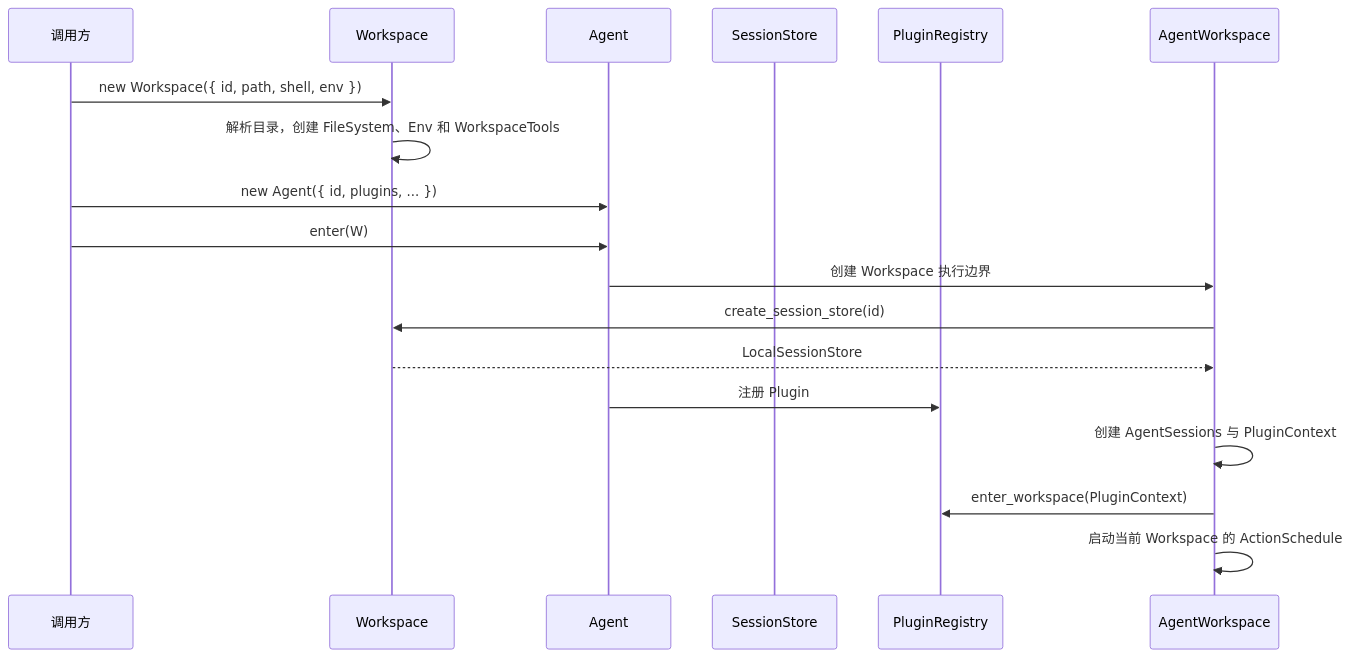
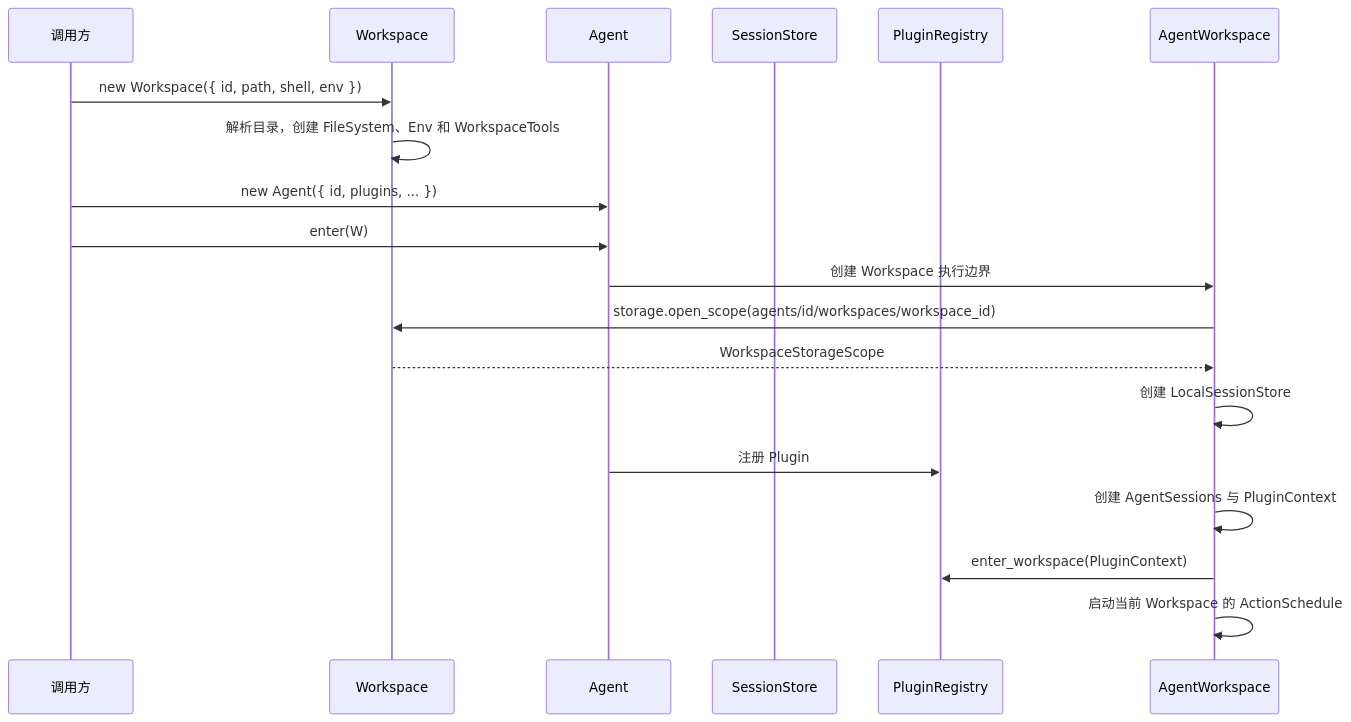
One commit to genesiscosmos/downcity changed the second of 4 diagrams in docs/agent-sdk-architecture.md. Above: the diagram before and after it, drawn with Mermaid. The commit also changed other lines of this file and 322 other files, not shown here.

````diff
--- a/docs/agent-sdk-architecture.md
+++ b/docs/agent-sdk-architecture.md
@@ -299,21 +304,22 @@
 ```mermaid
 sequenceDiagram
     participant App as 调用方
     participant W as Workspace
     participant A as Agent
     participant S as SessionStore
     participant P as PluginRegistry
     participant AW as AgentWorkspace
 
     App->>W: new Workspace({ id, path, shell, env })
     W->>W: 解析目录，创建 FileSystem、Env 和 WorkspaceTools
     App->>A: new Agent({ id, plugins, ... })
     App->>A: enter(W)
     A->>AW: 创建 Workspace 执行边界
-    AW->>W: create_session_store(id)
-    W-->>AW: LocalSessionStore
+    AW->>W: storage.open_scope(agents/id/workspaces/workspace_id)
+    W-->>AW: WorkspaceStorageScope
+    AW->>AW: 创建 LocalSessionStore
     A->>P: 注册 Plugin
     AW->>AW: 创建 AgentSessions 与 PluginContext
     AW->>P: enter_workspace(PluginContext)
     AW->>AW: 启动当前 Workspace 的 ActionSchedule
 ```
````
